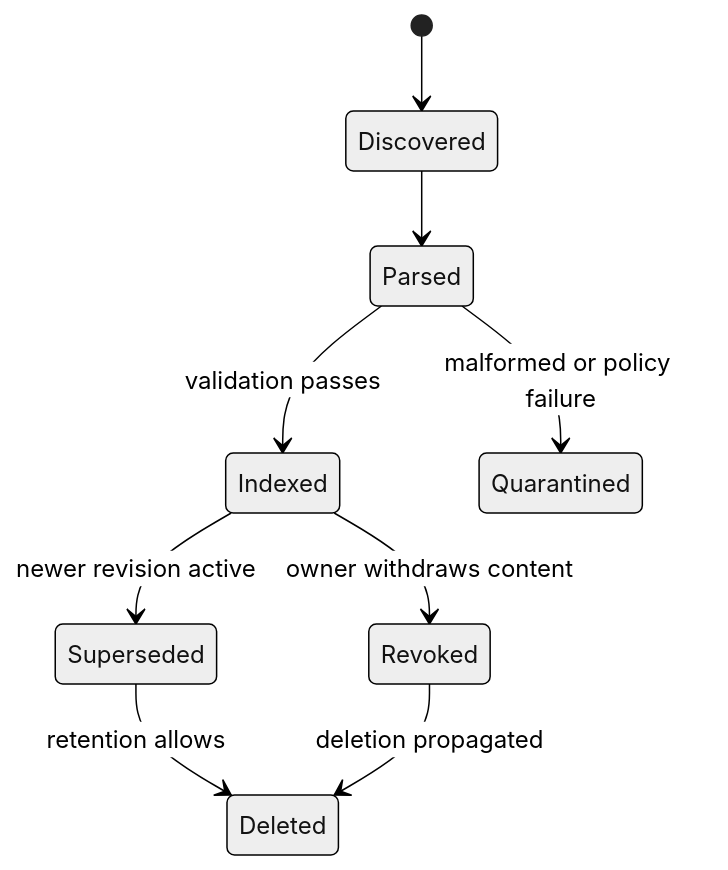
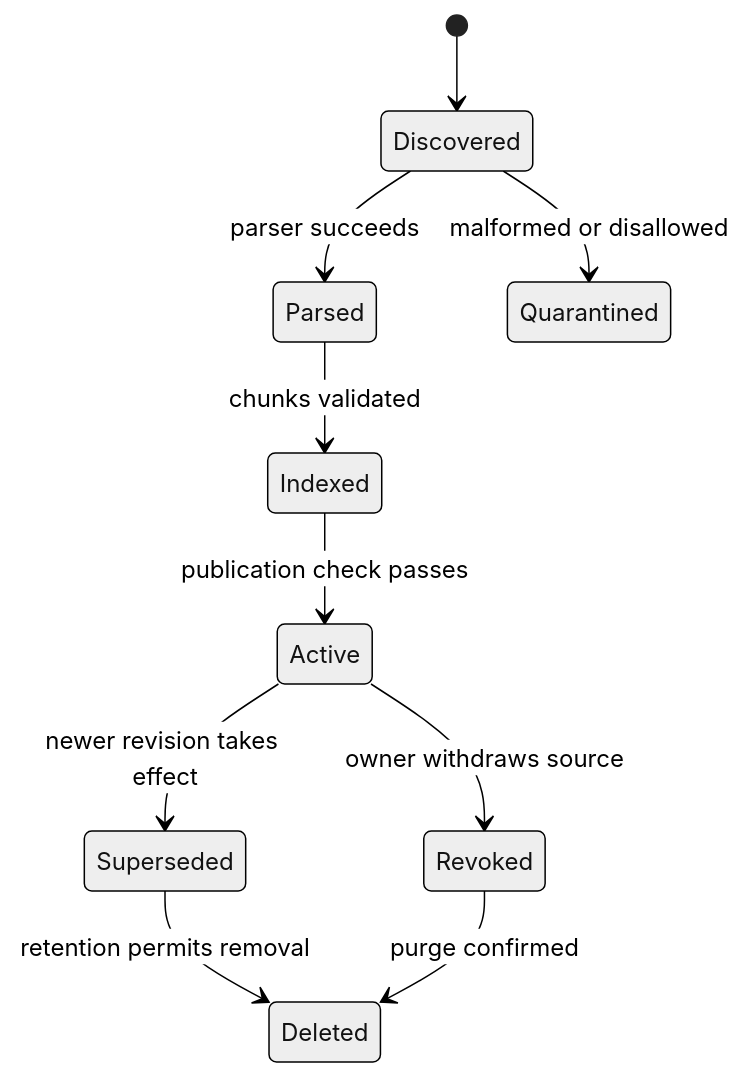
The third of 9 diagrams in roadmaps/mlops/modules/llmops/context-engineering/02-retrieval-and-knowledge.md (senlinyy/dev-roadmaps), drawn with Mermaid (neutral theme) before and after one commit. The commit also changed other lines of this file and 198 other files, not shown here.

````diff
--- a/roadmaps/mlops/modules/llmops/context-engineering/02-retrieval-and-knowledge.md
+++ b/roadmaps/mlops/modules/llmops/context-engineering/02-retrieval-and-knowledge.md
@@ -51,11 +141,12 @@
 ```mermaid
 stateDiagram-v2
     [*] --> Discovered
-    Discovered --> Parsed
-    Parsed --> Indexed: validation passes
-    Parsed --> Quarantined: malformed or policy failure
-    Indexed --> Superseded: newer revision active
-    Indexed --> Revoked: owner withdraws content
-    Superseded --> Deleted: retention allows
-    Revoked --> Deleted: deletion propagated
+    Discovered --> Parsed: parser succeeds
+    Discovered --> Quarantined: malformed or disallowed
+    Parsed --> Indexed: chunks validated
+    Indexed --> Active: publication check passes
+    Active --> Superseded: newer revision takes effect
+    Active --> Revoked: owner withdraws source
+    Superseded --> Deleted: retention permits removal
+    Revoked --> Deleted: purge confirmed
 ```
````
